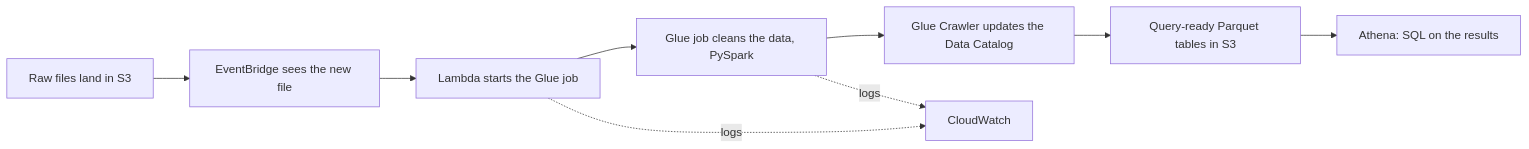
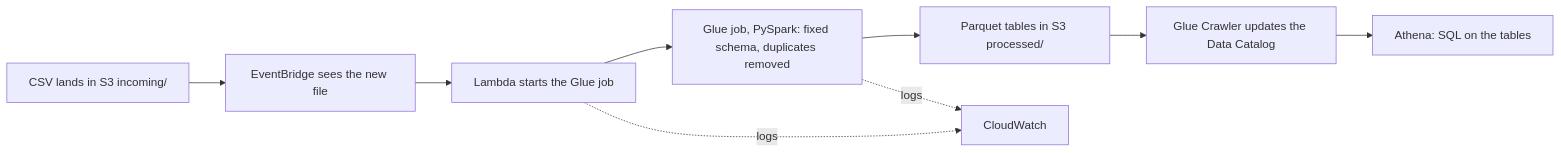
One commit to Srikoushikkamal/serverless_data_pipeline_aws changed the diagram in README.md. Above: the diagram before and after it, drawn with Mermaid. The commit also changed other lines of this file and 12 other files, not shown here.

First line of the commit message:
Add Glue scripts, Lambda trigger, SAM template, Athena checks, tests and CI

````diff
--- a/README.md
+++ b/README.md
@@ -10,11 +10,11 @@
 ```mermaid
 flowchart LR
-    A[Raw files land in S3] --> B[EventBridge sees the new file]
+    A[CSV lands in S3 incoming/] --> B[EventBridge sees the new file]
     B --> C[Lambda starts the Glue job]
-    C --> D[Glue job cleans the data, PySpark]
-    D --> H[Glue Crawler updates the Data Catalog]
-    H --> E[Query-ready Parquet tables in S3]
-    E --> F[Athena: SQL on the results]
+    C --> D[Glue job, PySpark: fixed schema, duplicates removed]
+    D --> E[Parquet tables in S3 processed/]
+    E --> H[Glue Crawler updates the Data Catalog]
+    H --> F[Athena: SQL on the tables]
     C -. logs .-> G[CloudWatch]
     D -. logs .-> G
 ```
````
